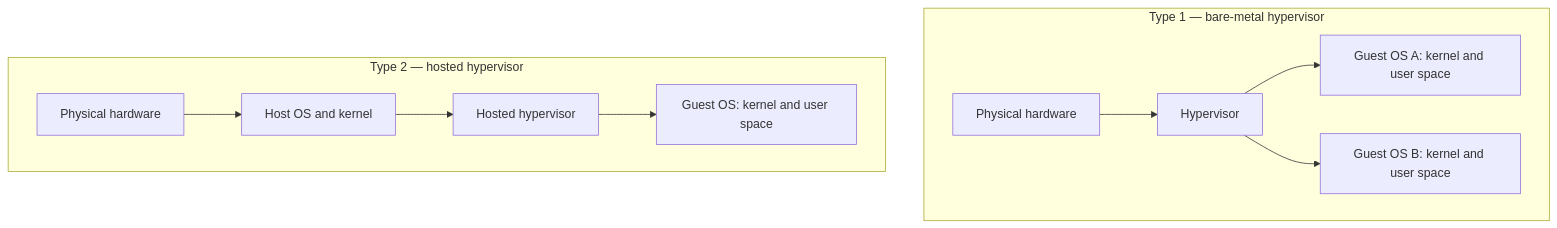
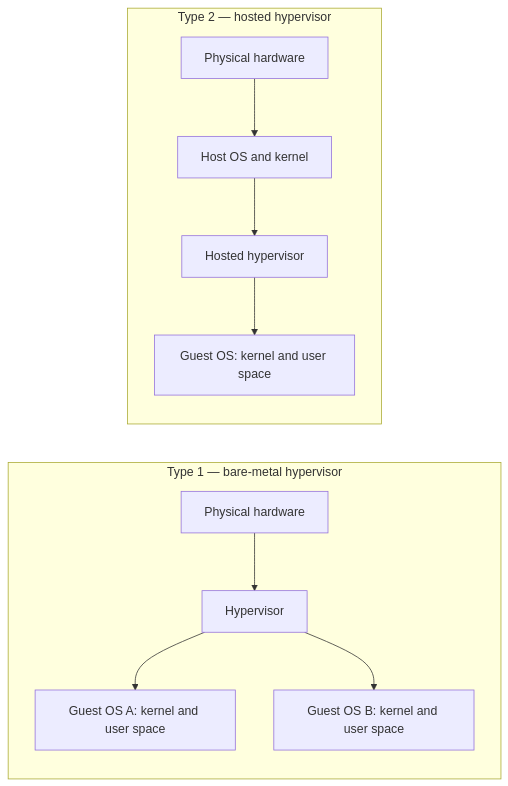
One commit to yul1ux/linux-containers-under-the-hood changed the first of 5 diagrams in docs/part-01-fundamentals/chapter-01-understanding-containers.md. Above: the diagram before and after it, drawn with Mermaid. The commit also changed other lines of this file and 2 other files, not shown here.

````diff
--- a/docs/part-01-fundamentals/chapter-01-understanding-containers.md
+++ b/docs/part-01-fundamentals/chapter-01-understanding-containers.md
@@ -101,13 +84,13 @@
 ```mermaid
-flowchart TB
+flowchart LR
     subgraph T1["Type 1 — bare-metal hypervisor"]
         H1[Physical hardware] --> V1[Hypervisor]
         V1 --> G1[Guest OS A: kernel and user space]
         V1 --> G2[Guest OS B: kernel and user space]
     end
     subgraph T2["Type 2 — hosted hypervisor"]
         H2[Physical hardware] --> O2[Host OS and kernel]
         O2 --> V2[Hosted hypervisor]
         V2 --> G3[Guest OS: kernel and user space]
     end
 ```
````
